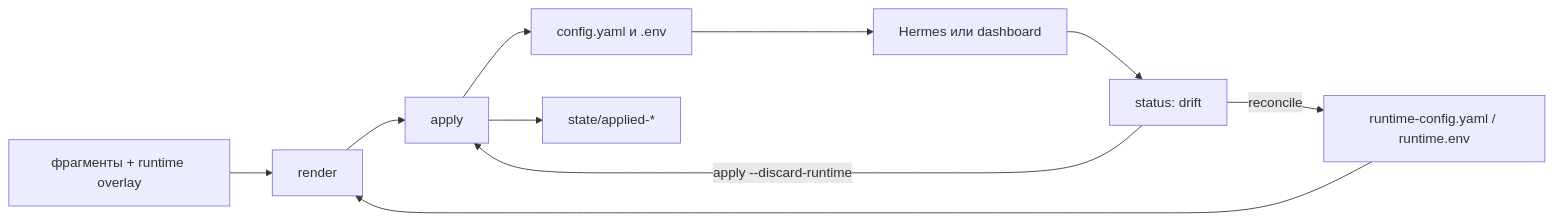
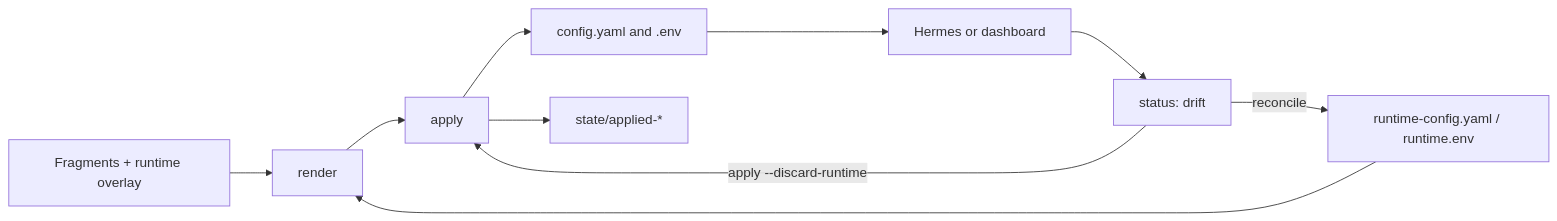
The second of 2 diagrams in README.md (RuBAN-GT/hermes-profile-cli), drawn with Mermaid before and after one commit. The commit also changed other lines of this file, not shown here.

````diff
--- a/README.md
+++ b/README.md
@@ -171,12 +169,12 @@
 ```mermaid
 flowchart LR
-  fragments["фрагменты + runtime overlay"] --> render["render"]
+  fragments["Fragments + runtime overlay"] --> render["render"]
   render --> apply["apply"]
-  apply --> files["config.yaml и .env"]
+  apply --> files["config.yaml and .env"]
   apply --> snapshot["state/applied-*"]
-  files --> hermes["Hermes или dashboard"]
+  files --> hermes["Hermes or dashboard"]
   hermes --> drift["status: drift"]
   drift -->|"reconcile"| runtime["runtime-config.yaml / runtime.env"]
   drift -->|"apply --discard-runtime"| apply
   runtime --> render
 ```
````
